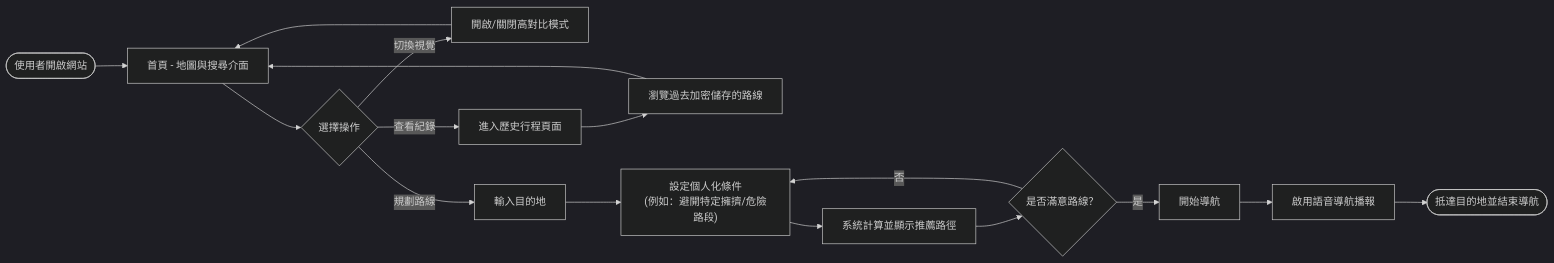
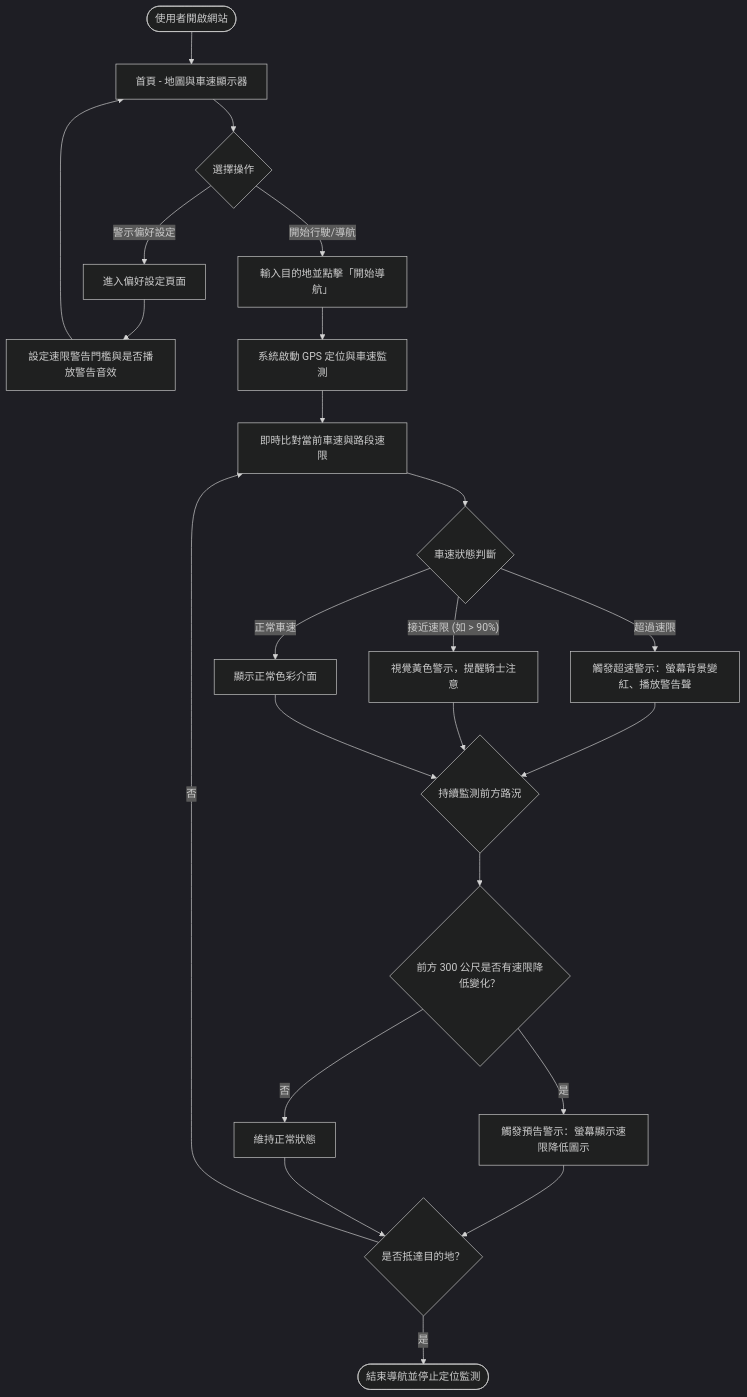
One commit to tela1111222-spec/googlemaps changed the first of 3 diagrams in docs/FLOWCHART.md. Above: the diagram before and after it, drawn with Mermaid (dark theme). The commit also changed other lines of this file, not shown here.

Commit message:
docs: add user flowchart

````diff
--- a/docs/FLOWCHART.md
+++ b/docs/FLOWCHART.md
@@ -7,22 +7,33 @@
 ```mermaid
-flowchart LR
-    A(["使用者開啟網站"]) --> B["首頁 - 地圖與搜尋介面"]
+flowchart TD
+    A(["使用者開啟網站"]) --> B["首頁 - 地圖與車速顯示器"]
     
     B --> C{"選擇操作"}
     
-    C -->|"切換視覺"| D["開啟/關閉高對比模式"]
-    D --> B
+    C -->|"警示偏好設定"| D["進入偏好設定頁面"]
+    D --> E["設定速限警告門檻與是否播放警告音效"]
+    E --> B
     
-    C -->|"查看紀錄"| E["進入歷史行程頁面"]
-    E --> F["瀏覽過去加密儲存的路線"]
-    F --> B
+    C -->|"開始行駛/導航"| F["輸入目的地並點擊「開始導航」"]
+    F --> G["系統啟動 GPS 定位與車速監測"]
+    G --> H["即時比對當前車速與路段速限"]
     
-    C -->|"規劃路線"| G["輸入目的地"]
-    G --> H["設定個人化條件<br>(例如：避開特定擁擠/危險路段)"]
-    H --> I["系統計算並顯示推薦路徑"]
-    I --> J{"是否滿意路線？"}
-    J -->|"否"| H
-    J -->|"是"| K["開始導航"]
-    K --> L["啟用語音導航播報"]
-    L --> M(["抵達目的地並結束導航"])
+    H --> I{"車速狀態判斷"}
+    I -->|"超過速限"| J["觸發超速警示：螢幕背景變紅、播放警告聲"]
+    I -->|"接近速限 (如 > 90%)"| K["視覺黃色警示，提醒騎士注意"]
+    I -->|"正常車速"| L["顯示正常色彩介面"]
+    
+    J --> M{"持續監測前方路況"}
+    K --> M
+    L --> M
+    
+    M --> N{"前方 300 公尺是否有速限降低變化？"}
+    N -->|"是"| O["觸發預告警示：螢幕顯示速限降低圖示"]
+    N -->|"否"| P["維持正常狀態"]
+    
+    O --> Q{"是否抵達目的地？"}
+    P --> Q
+    
+    Q -->|"否"| H
+    Q -->|"是"| R(["結束導航並停止定位監測"])
 ```
````
